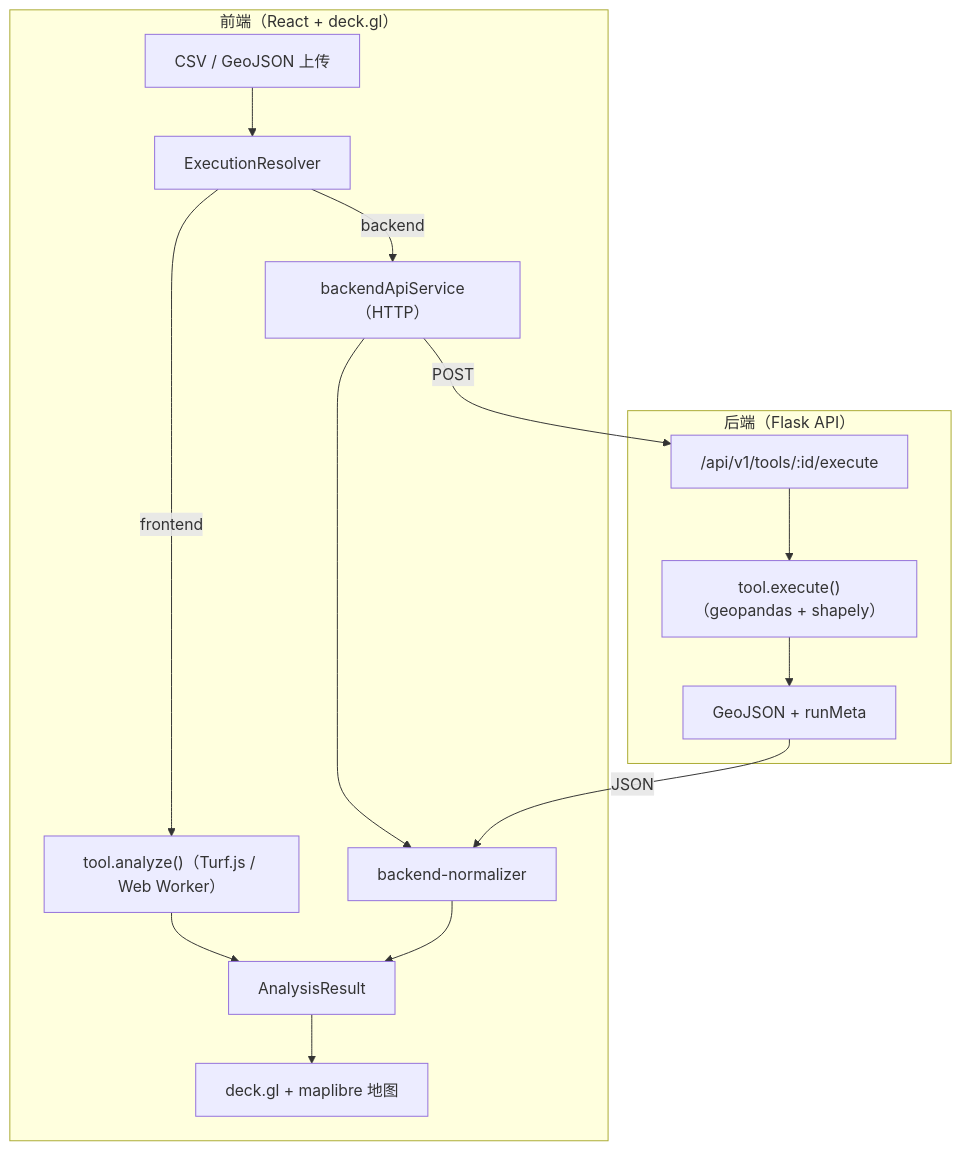
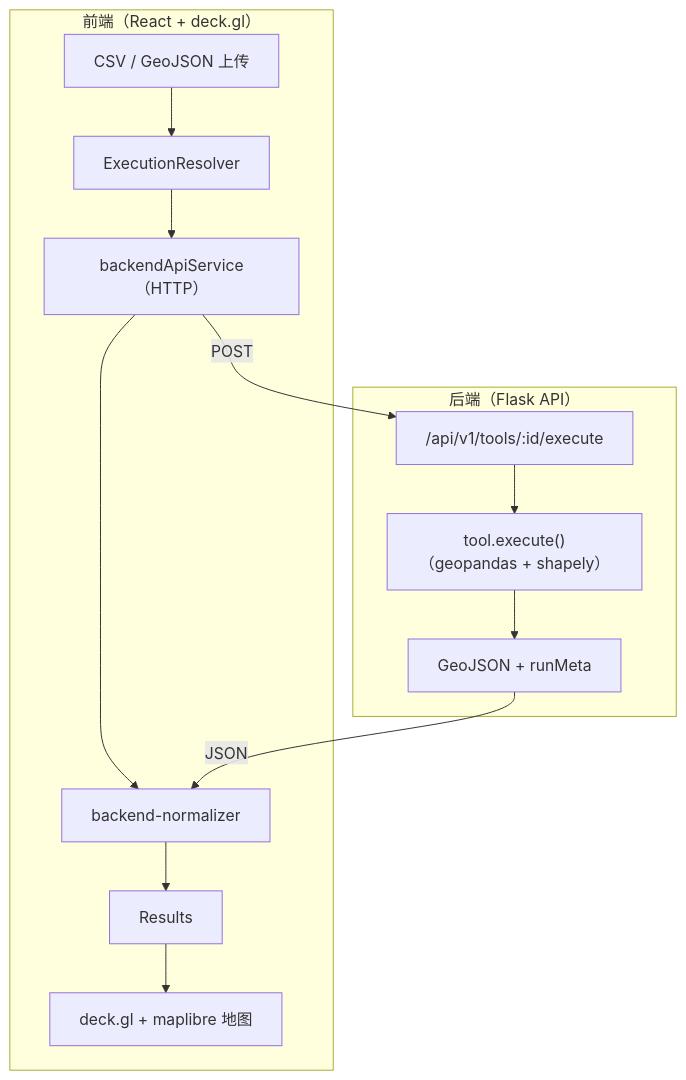
One commit to WYZDevin/ChronoGeoLab changed the diagram in README.zh-CN.md. Above: the diagram before and after it, drawn with Mermaid. The commit also changed other lines of this file and 42 other files, not shown here.

````diff
--- a/README.zh-CN.md
+++ b/README.zh-CN.md
@@ -137,17 +151,15 @@
 ```mermaid
 flowchart TD
     subgraph Frontend ["前端（React + deck.gl）"]
         CSV["CSV / GeoJSON 上传"] --> Resolver["ExecutionResolver"]
-        Resolver -->|frontend| FE["tool.analyze()（Turf.js / Web Worker）"]
-        Resolver -->|backend| API["backendApiService（HTTP）"]
-        FE --> Results["AnalysisResult"]
+        Resolver --> API["backendApiService（HTTP）"]
         API --> Norm["backend-normalizer"] --> Results
         Results --> DeckMap["deck.gl + maplibre 地图"]
     end
     subgraph Backend ["后端（Flask API）"]
         Flask["/api/v1/tools/:id/execute"] --> Tool["tool.execute()（geopandas + shapely）"]
         Tool --> GeoJSON["GeoJSON + runMeta"]
     end
     API -->|POST| Flask
     GeoJSON -->|JSON| Norm
 ```
````
